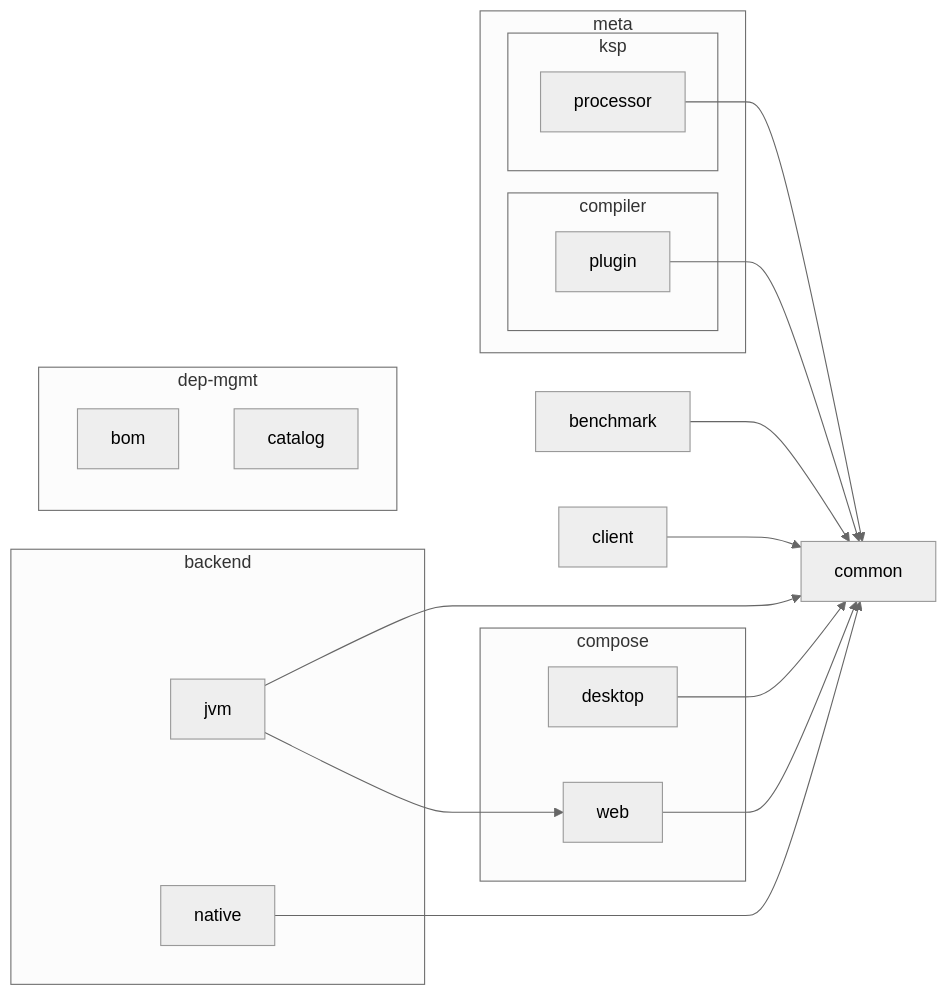
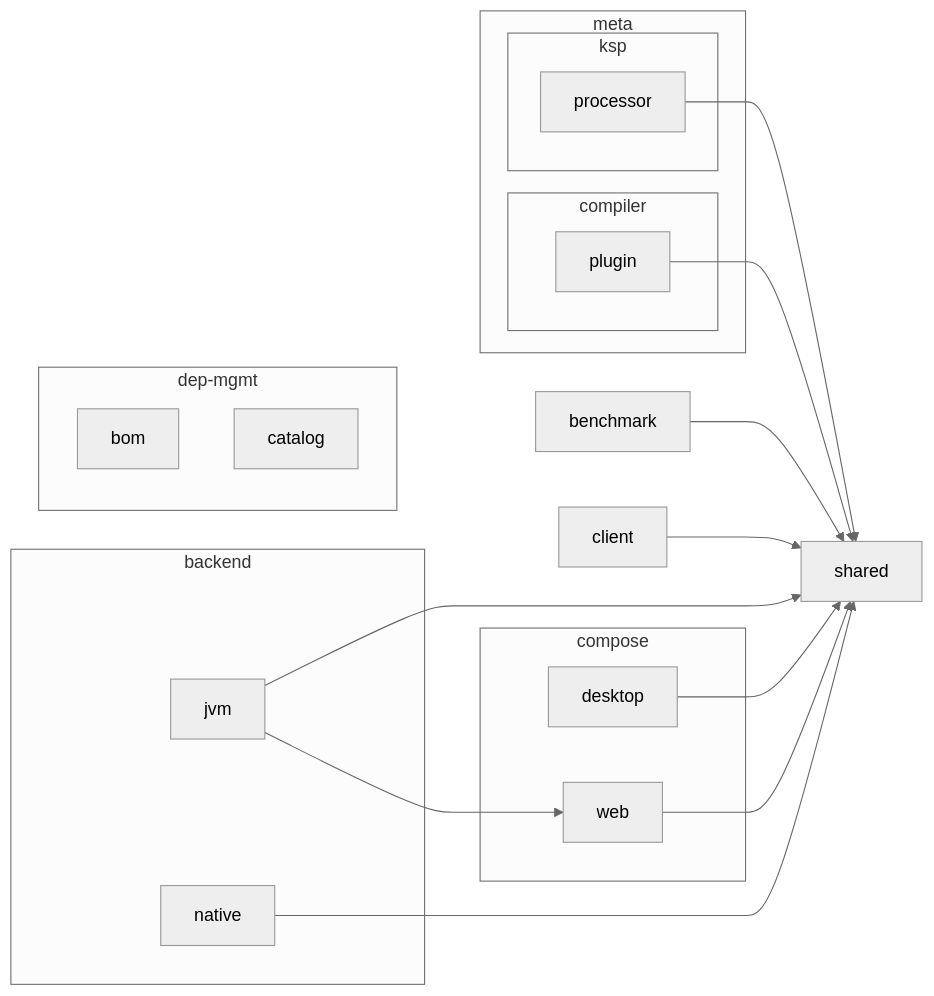
Before and after one commit to sureshg/kotlin-mpp-playground: the diagram in README.md, drawn with Mermaid. The commit also changed other lines of this file and 41 other files, not shown here.

````diff
--- a/README.md
+++ b/README.md
@@ -159,41 +159,41 @@
 ```mermaid
 %%{
   init: {
     'theme': 'neutral'
   }
 }%%
 graph LR
     subgraph backend
         jvm
         native
     end
     subgraph compose
         desktop
         web
     end
     subgraph dep-mgmt
         bom
         catalog
     end
     subgraph meta
         compiler
         ksp
     end
     subgraph compiler
         compiler
         plugin
     end
     subgraph ksp
         ksp
         processor
     end
-    plugin --> common
-    benchmark --> common
-    web --> common
-    desktop --> common
-    client --> common
-    native --> common
-    processor --> common
-    jvm --> common
+    plugin --> shared
+    benchmark --> shared
+    web --> shared
+    desktop --> shared
+    client --> shared
+    native --> shared
+    processor --> shared
+    jvm --> shared
     jvm --> web
 ```
````
